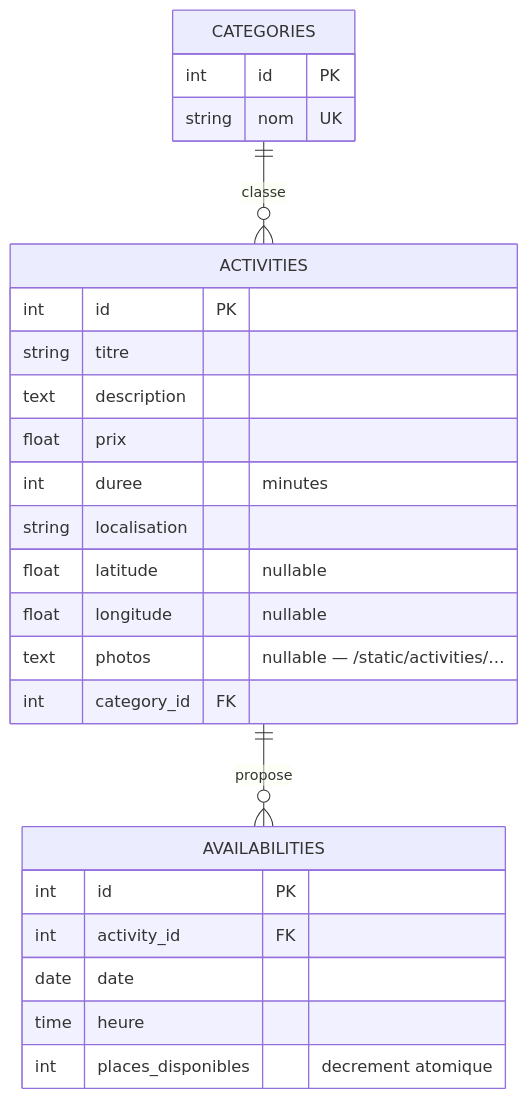
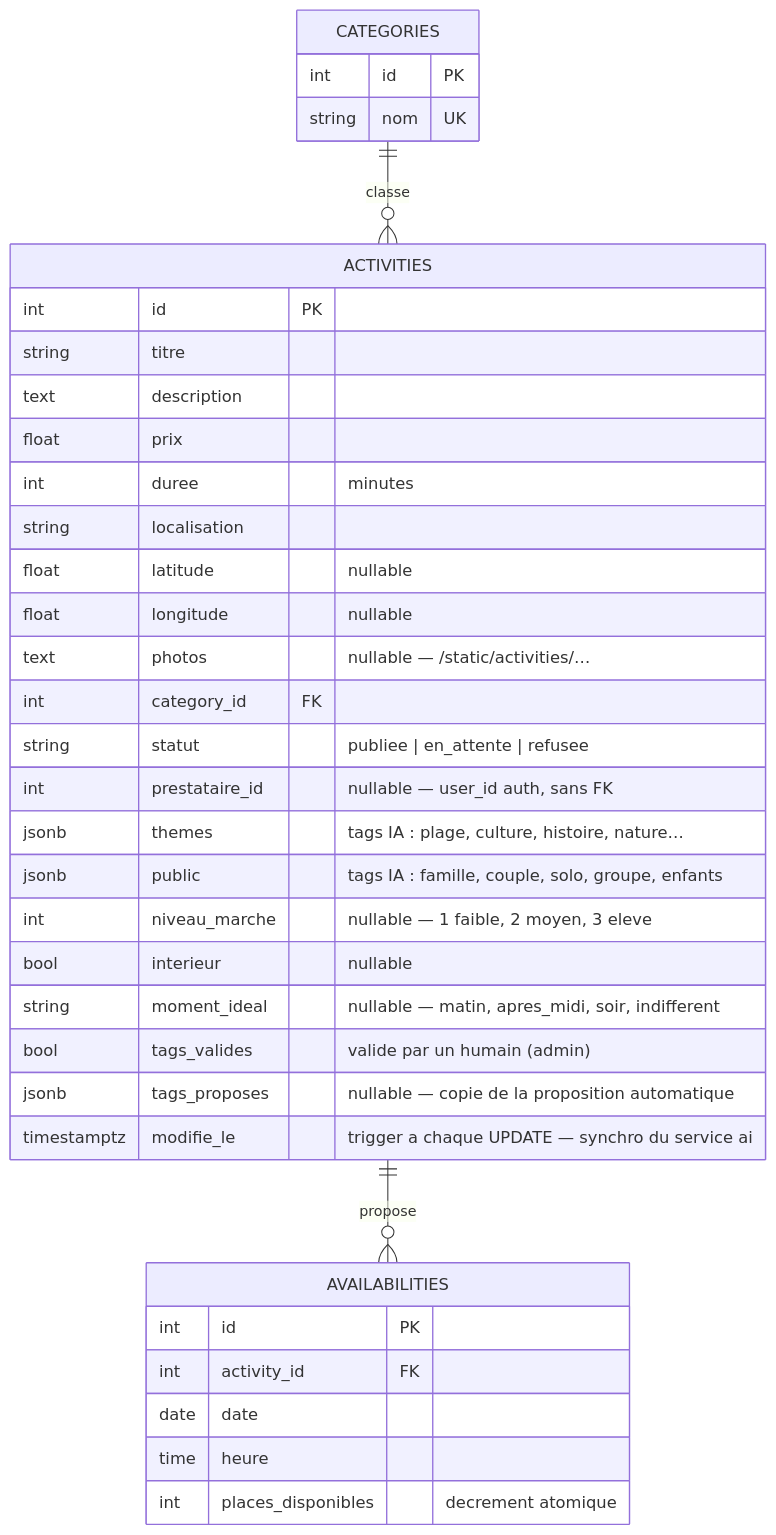
Before and after one commit to ALI0benjannet/voyara: the second of 8 diagrams in docs/mcd.md, drawn with Mermaid. The commit also changed other lines of this file and 31 other files, not shown here.

````diff
--- a/docs/mcd.md
+++ b/docs/mcd.md
@@ -61,29 +61,39 @@
 ```mermaid
 erDiagram
     CATEGORIES {
         int id PK
         string nom UK
     }
     ACTIVITIES {
         int id PK
         string titre
         text description
         float prix
         int duree "minutes"
         string localisation
         float latitude "nullable"
         float longitude "nullable"
         text photos "nullable — /static/activities/…"
         int category_id FK
+        string statut "publiee | en_attente | refusee"
+        int prestataire_id "nullable — user_id auth, sans FK"
+        jsonb themes "tags IA : plage, culture, histoire, nature…"
+        jsonb public "tags IA : famille, couple, solo, groupe, enfants"
+        int niveau_marche "nullable — 1 faible, 2 moyen, 3 eleve"
+        bool interieur "nullable"
+        string moment_ideal "nullable — matin, apres_midi, soir, indifferent"
+        bool tags_valides "valide par un humain (admin)"
+        jsonb tags_proposes "nullable — copie de la proposition automatique"
+        timestamptz modifie_le "trigger a chaque UPDATE — synchro du service ai"
     }
     AVAILABILITIES {
         int id PK
         int activity_id FK
         date date
         time heure
         int places_disponibles "decrement atomique"
     }
 
     CATEGORIES ||--o{ ACTIVITIES : "classe"
     ACTIVITIES ||--o{ AVAILABILITIES : "propose"
 ```
````
